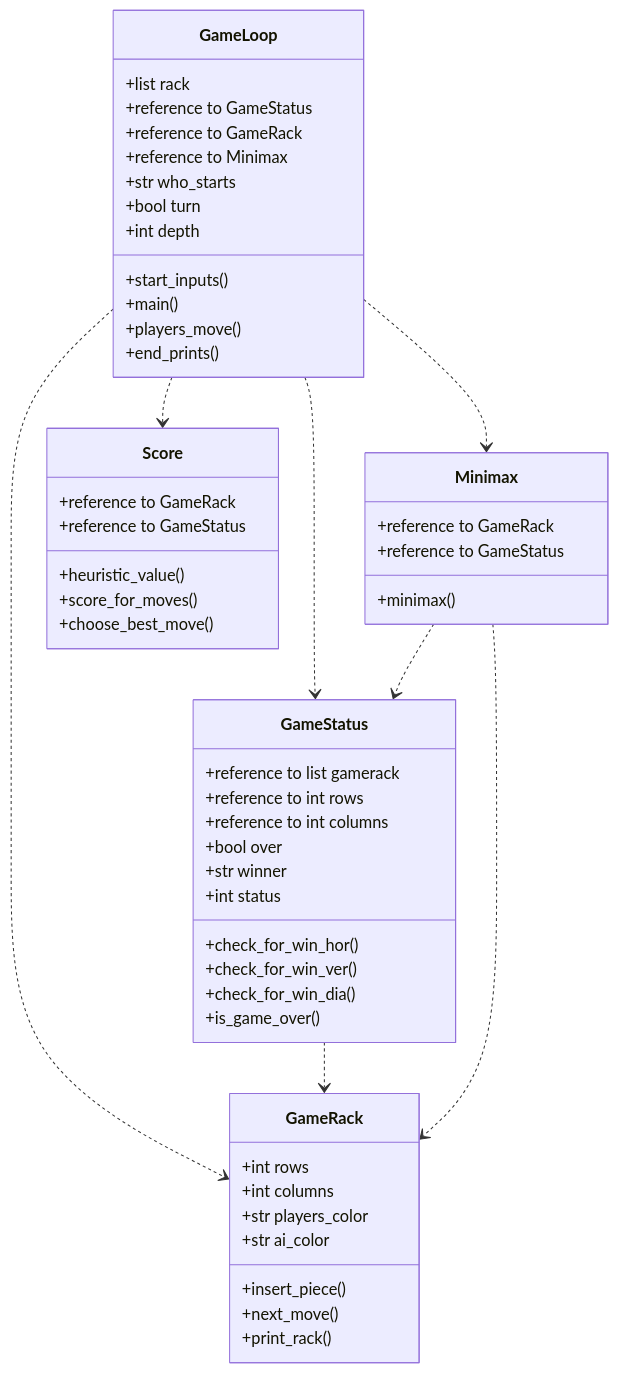
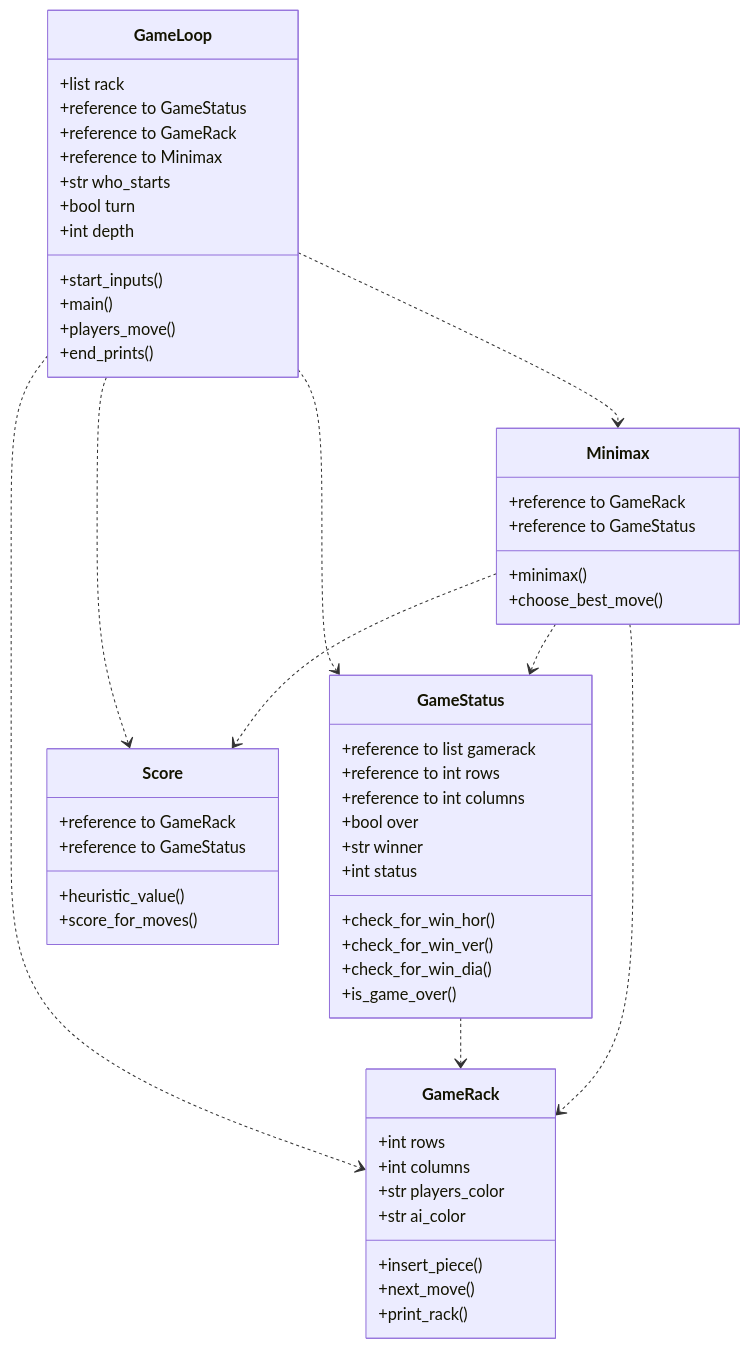
Before and after one commit to lottapispa/Connect-Four-tiralabra: the diagram in documentation/implementation.md, drawn with Mermaid.

````diff
--- a/documentation/implementation.md
+++ b/documentation/implementation.md
@@ -4,56 +4,57 @@
 ```mermaid
 classDiagram
     GameLoop ..> GameStatus
     GameLoop ..> GameRack
     GameLoop ..> Minimax
     GameLoop ..> Score
     GameStatus ..> GameRack
     Minimax ..> GameStatus
     Minimax ..> GameRack
+    Minimax ..> Score
     class GameLoop{
         +list rack
         +reference to GameStatus
         +reference to GameRack
         +reference to Minimax
         +str who_starts
         +bool turn
         +int depth
         +start_inputs()
         +main()
         +players_move()
         +end_prints()
     }
     class GameStatus{
         +reference to list gamerack
         +reference to int rows
         +reference to int columns
         +bool over
         +str winner
         +int status
         +check_for_win_hor()
         +check_for_win_ver()
         +check_for_win_dia()
         +is_game_over()
     }
     class GameRack{
         +int rows
         +int columns
         +str players_color
         +str ai_color
         +insert_piece()
         +next_move()
         +print_rack()
     }
     class Minimax{
         +reference to GameRack
         +reference to GameStatus
         +minimax()
+        +choose_best_move()
     }
     class Score{
         +reference to GameRack
         +reference to GameStatus
         +heuristic_value()
         +score_for_moves()
-        +choose_best_move()
     }
 ```
````
